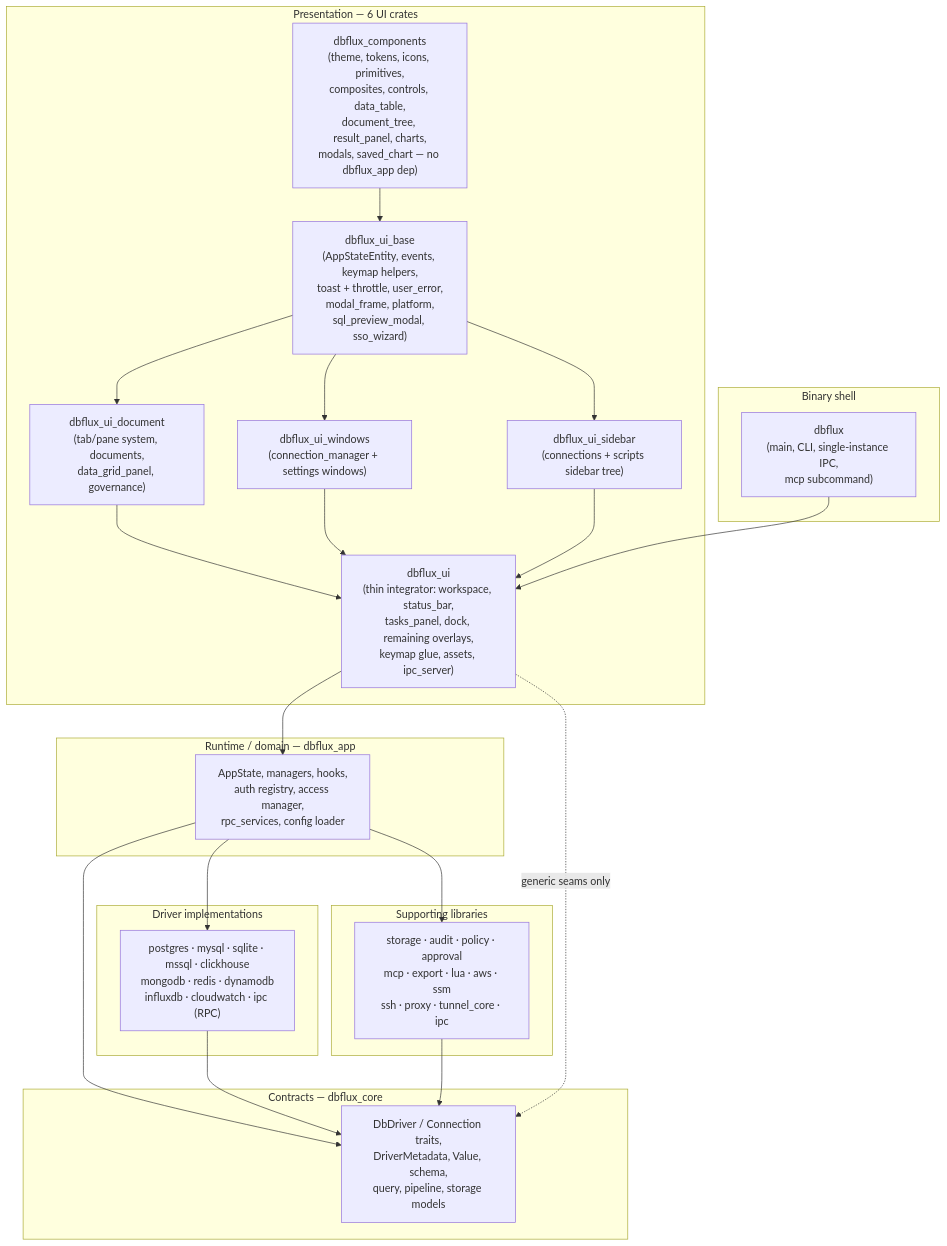
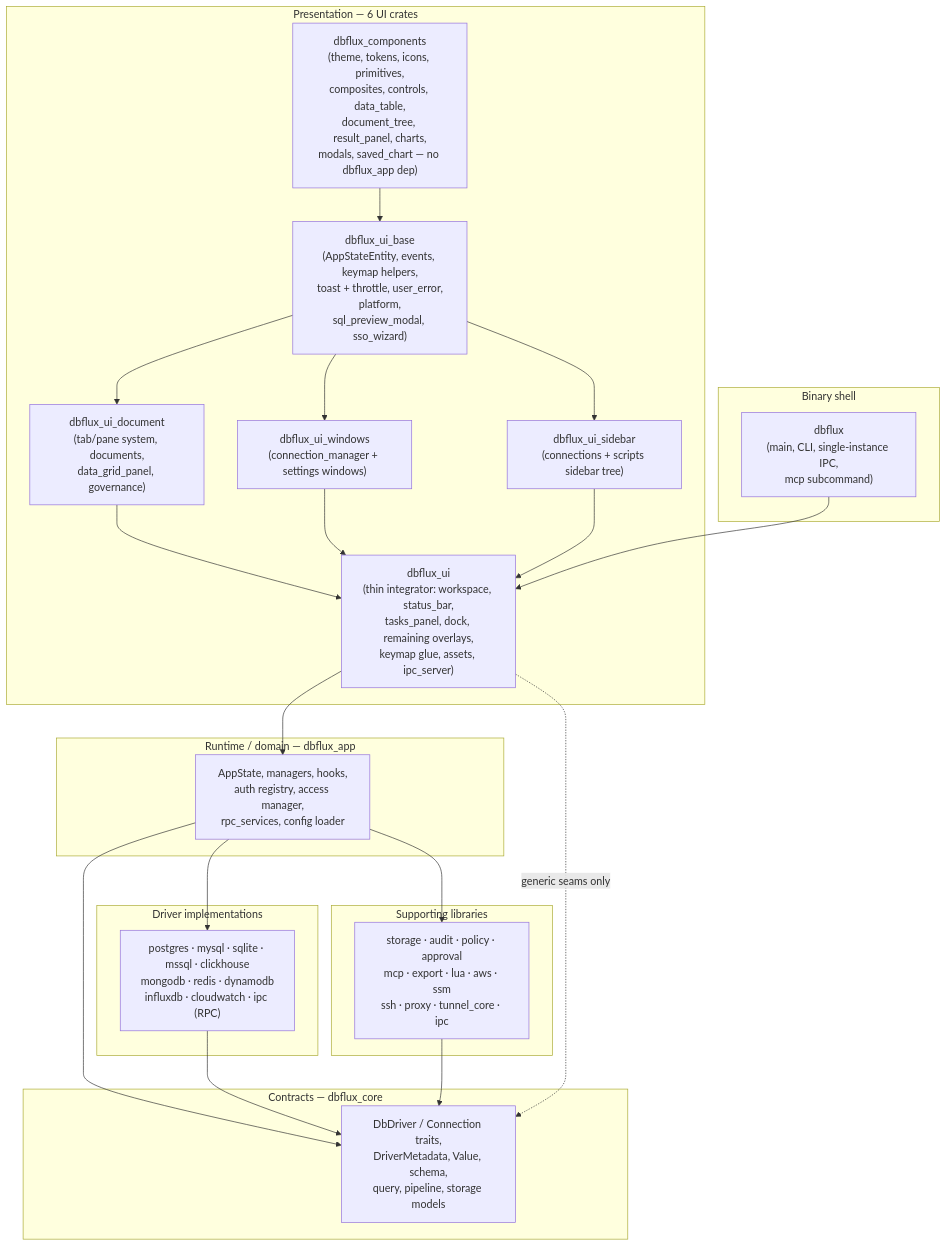
The first of 3 diagrams in ARCHITECTURE.md (0xErwin1/dbflux), drawn with Mermaid before and after one commit. The commit also changed other lines of this file and 770 other files, not shown here.

````diff
--- a/ARCHITECTURE.md
+++ b/ARCHITECTURE.md
@@ -20,39 +20,39 @@
 ```mermaid
 flowchart TB
     subgraph Shell["Binary shell"]
         bin["dbflux<br/>(main, CLI, single-instance IPC,<br/>mcp subcommand)"]
     end
 
     subgraph UI["Presentation — 6 UI crates"]
         uicomp["dbflux_components<br/>(theme, tokens, icons, primitives,<br/>composites, controls, data_table,<br/>document_tree, result_panel, charts,<br/>modals, saved_chart — no dbflux_app dep)"]
-        uibase["dbflux_ui_base<br/>(AppStateEntity, events, keymap helpers,<br/>toast + throttle, user_error,<br/>modal_frame, platform,<br/>sql_preview_modal, sso_wizard)"]
+        uibase["dbflux_ui_base<br/>(AppStateEntity, events, keymap helpers,<br/>toast + throttle, user_error,<br/>platform,<br/>sql_preview_modal, sso_wizard)"]
         uidoc["dbflux_ui_document<br/>(tab/pane system, documents,<br/>data_grid_panel, governance)"]
         uisidebar["dbflux_ui_sidebar<br/>(connections + scripts sidebar tree)"]
         uiwindows["dbflux_ui_windows<br/>(connection_manager + settings windows)"]
         uithin["dbflux_ui<br/>(thin integrator: workspace, status_bar,<br/>tasks_panel, dock, remaining overlays,<br/>keymap glue, assets, ipc_server)"]
         uicomp --> uibase --> uidoc & uiwindows & uisidebar --> uithin
     end
 
     subgraph Runtime["Runtime / domain — dbflux_app"]
         app["AppState, managers, hooks,<br/>auth registry, access manager,<br/>rpc_services, config loader"]
     end
 
     subgraph Core["Contracts — dbflux_core"]
         core["DbDriver / Connection traits,<br/>DriverMetadata, Value, schema,<br/>query, pipeline, storage models"]
     end
 
     subgraph Drivers["Driver implementations"]
         drv["postgres · mysql · sqlite · mssql · clickhouse<br/>mongodb · redis · dynamodb<br/>influxdb · cloudwatch · ipc (RPC)"]
     end
 
     subgraph Support["Supporting libraries"]
         sup["storage · audit · policy · approval<br/>mcp · export · lua · aws · ssm<br/>ssh · proxy · tunnel_core · ipc"]
     end
 
     bin --> uithin --> app --> core
     drv --> core
     sup --> core
     app --> drv
     app --> sup
     uithin -. "generic seams only" .-> core
 ```
````
